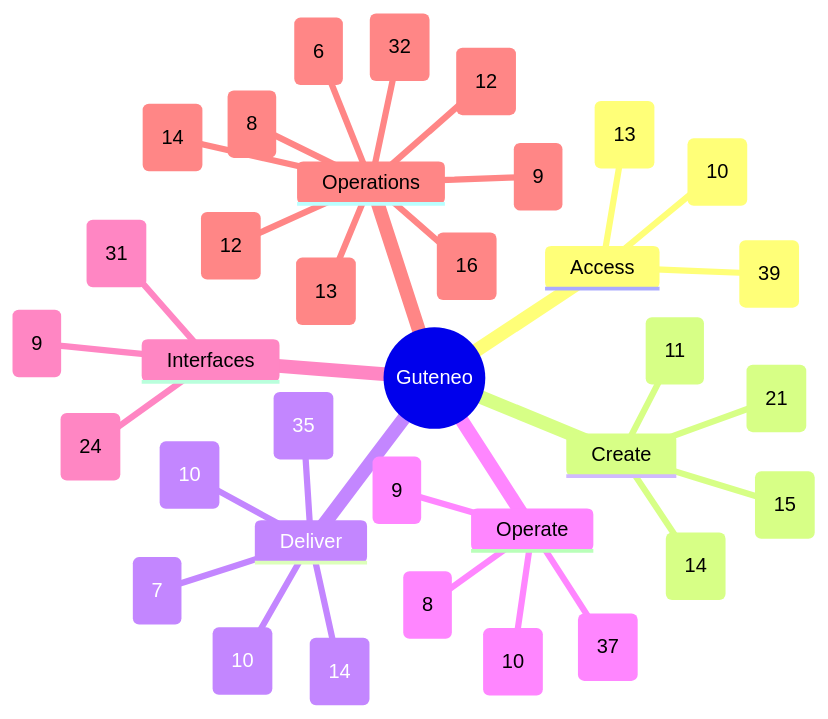
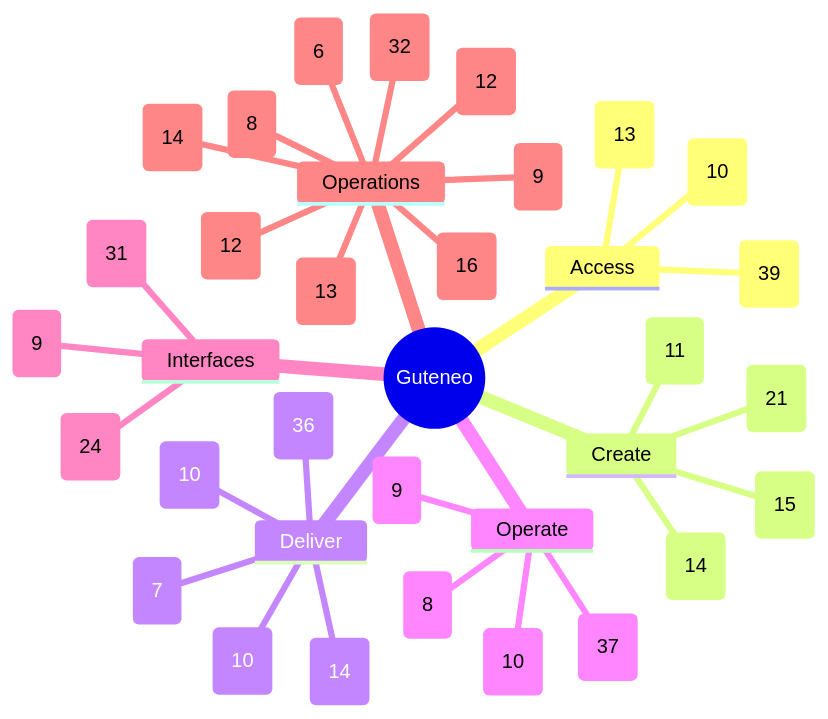
The diagram in docs/FEATURE_MAP.md (nclsppr/guteneo), drawn with Mermaid before and after one commit. The commit also changed other lines of this file and 46 other files, not shown here.

````diff
--- a/docs/FEATURE_MAP.md
+++ b/docs/FEATURE_MAP.md
@@ -13,38 +13,38 @@
 ```mermaid
 mindmap
   root((Guteneo))
     Access
       Access and identity (39)
       Team and responsibilities (10)
       Workspace administration and reports (13)
     Create
       Documents and protection (21)
       Template studio (14)
       Data and mappings (11)
       PDF generation and distribution (15)
     Deliver
       Fax (10)
       Postal mail (10)
       Email and protected links (14)
-      Sensitive distribution and personal documents (35)
+      Sensitive distribution and personal documents (36)
       Dispatch dry run (7)
     Operate
       Campaigns and tracking (8)
       Credits and billing (9)
       Workspace layout and browser appearance (37)
       PDF verification (10)
     Interfaces
       Assistants and API (31)
       iPhone and iPad (9)
       Public pages, languages and appearance (24)
     Operations
       Reviewer OAuth qualification (9)
       Operations and reliability (32)
       Belvédère platform oversight (14)
       Public service status (16)
       Engineering documentation (12)
       Codex Cloud development (8)
       Continuous reviewer preparation (6)
       Automatic fax tariff maintenance (13)
       Consumed provider freshness and J-1 alerts (12)
 ```
````
